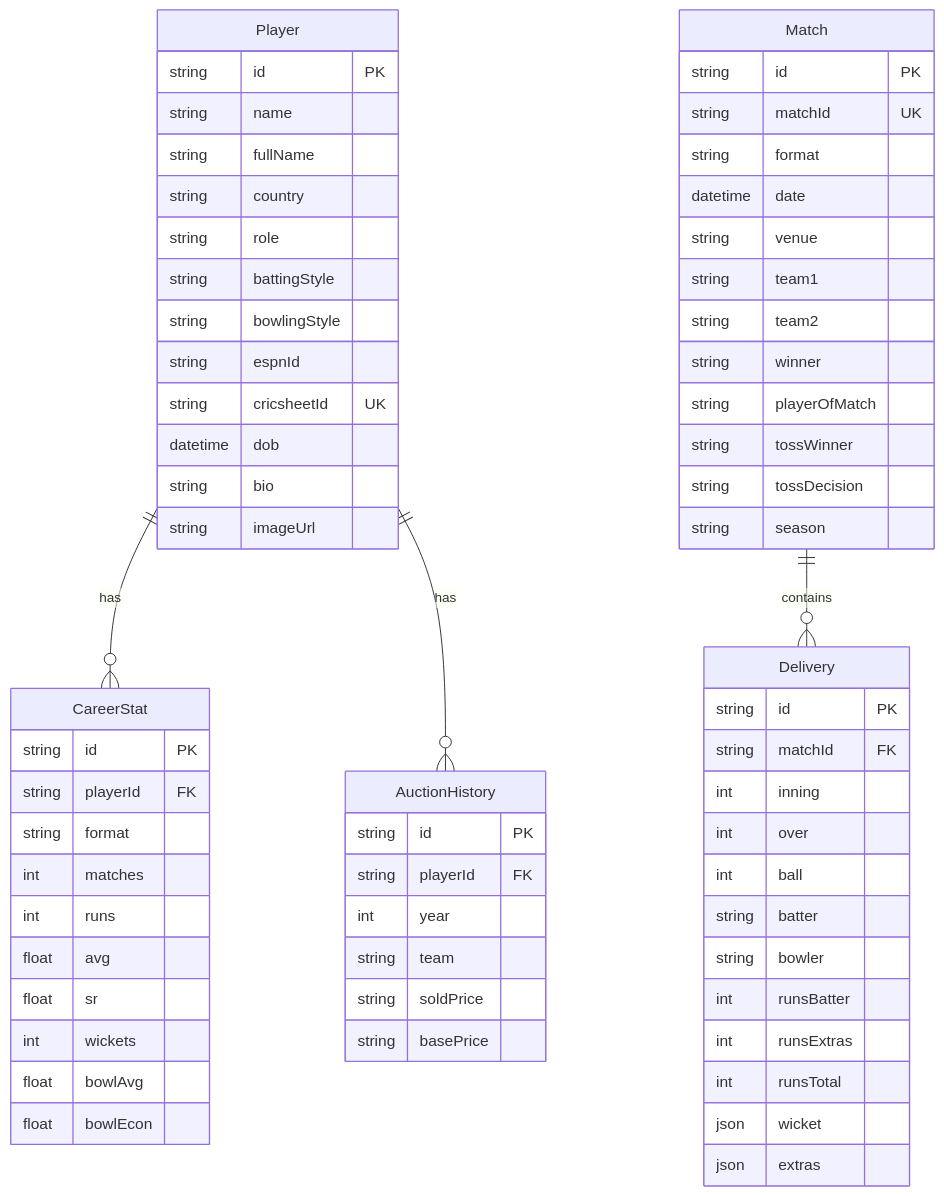
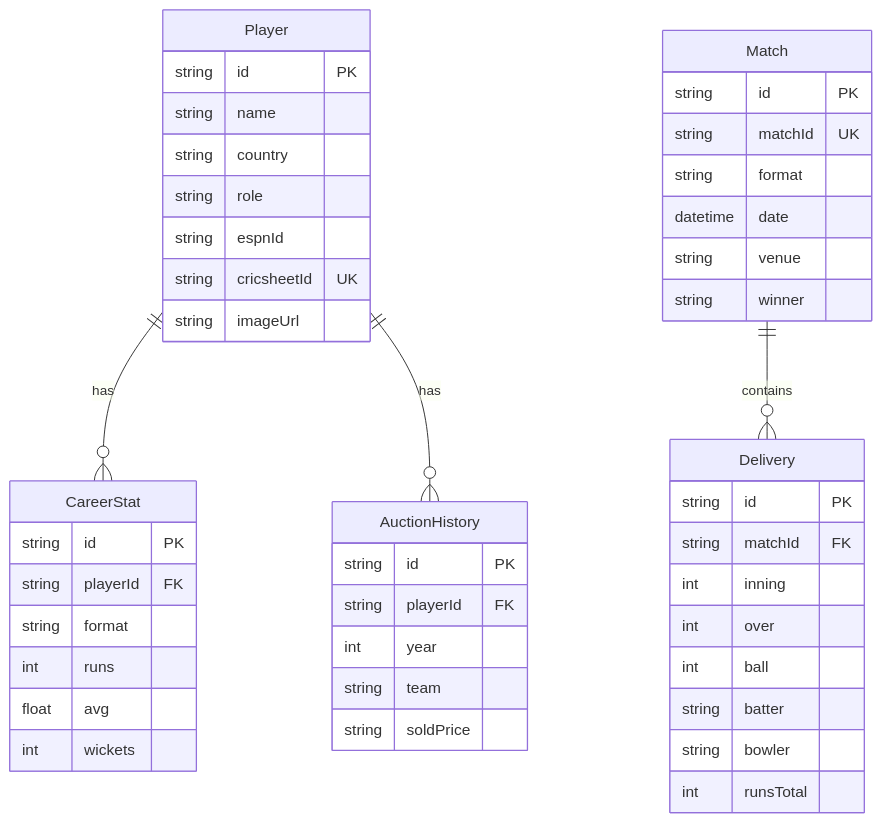
The second of 2 diagrams in README.md (DHRUVASAI/EDGE---Evidence-Driven-Game-Engine), drawn with Mermaid before and after one commit. The commit also changed other lines of this file and 66 other files, not shown here.

````diff
--- a/README.md
+++ b/README.md
@@ -124,73 +105,48 @@
 ```mermaid
 erDiagram
     Player {
         string id PK
         string name
-        string fullName
         string country
         string role
-        string battingStyle
-        string bowlingStyle
         string espnId
         string cricsheetId UK
-        datetime dob
-        string bio
         string imageUrl
     }
-
     Match {
         string id PK
         string matchId UK
         string format
         datetime date
         string venue
-        string team1
-        string team2
         string winner
-        string playerOfMatch
-        string tossWinner
-        string tossDecision
-        string season
     }
-
     Delivery {
         string id PK
         string matchId FK
         int inning
         int over
         int ball
         string batter
         string bowler
-        int runsBatter
-        int runsExtras
         int runsTotal
-        json wicket
-        json extras
     }
-
     CareerStat {
         string id PK
         string playerId FK
         string format
-        int matches
         int runs
         float avg
-        float sr
         int wickets
-        float bowlAvg
-        float bowlEcon
     }
-
     AuctionHistory {
         string id PK
         string playerId FK
         int year
         string team
         string soldPrice
-        string basePrice
     }
-
     Player ||--o{ CareerStat : "has"
     Player ||--o{ AuctionHistory : "has"
     Match ||--o{ Delivery : "contains"
 ```
````
